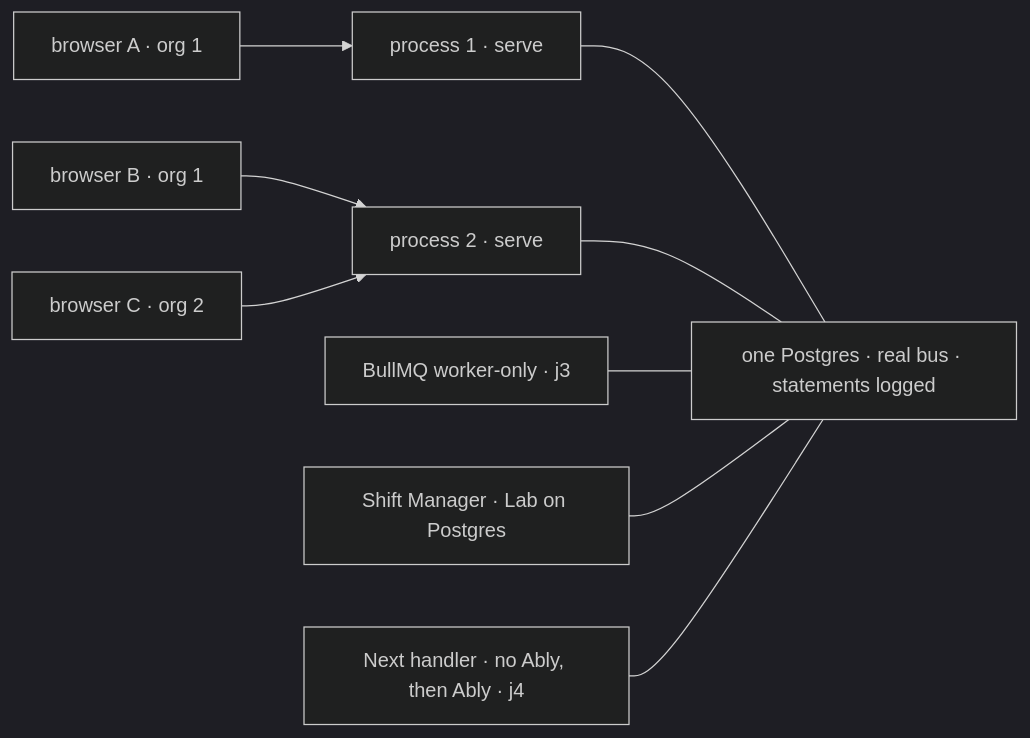
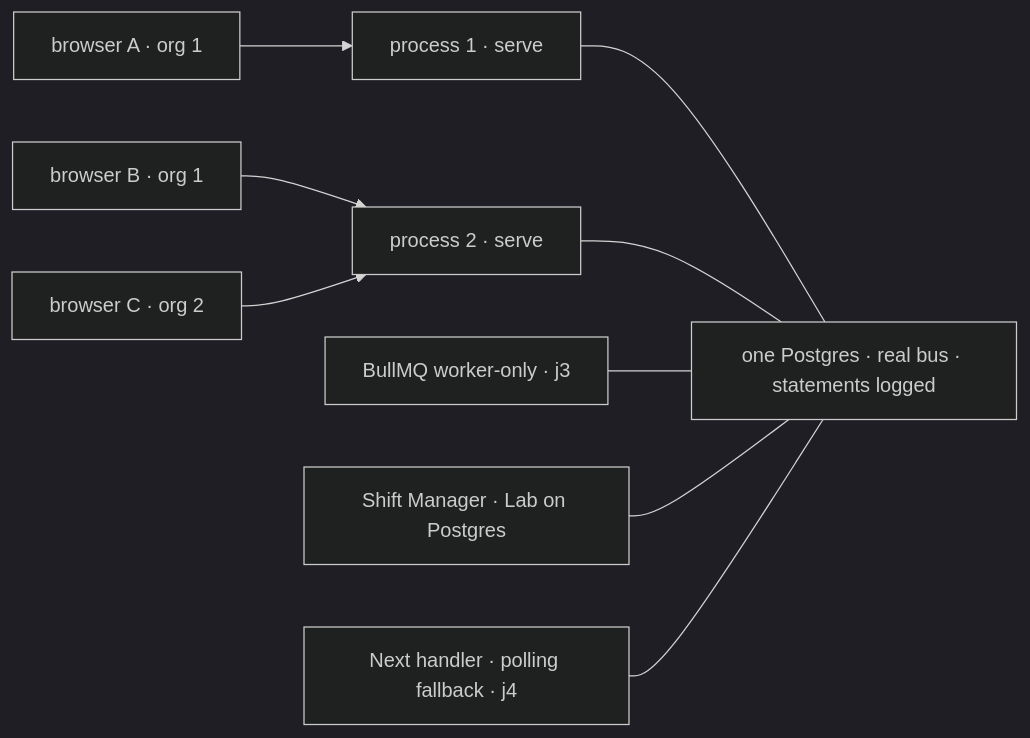
One commit to fixpoint-labs/flow-state-dev changed the second of 2 diagrams in specs/issues/FIX-2368/SPEC.md. Above: the diagram before and after it, drawn with Mermaid (dark theme). The commit also changed other lines of this file and 6 other files, not shown here.

````diff
--- a/specs/issues/FIX-2368/SPEC.md
+++ b/specs/issues/FIX-2368/SPEC.md
@@ -74,12 +74,12 @@
 ```mermaid
 flowchart LR
   PG["one Postgres · real bus · statements logged"]
   P1["process 1 · serve"] --- PG
   P2["process 2 · serve"] --- PG
   W["BullMQ worker-only · j3"] --- PG
   BA["browser A · org 1"] --> P1
   BB["browser B · org 1"] --> P2
   BC["browser C · org 2"] --> P2
   SM["Shift Manager · Lab on Postgres"] --- PG
-  N["Next handler · no Ably, then Ably · j4"] --- PG
+  N["Next handler · polling fallback · j4"] --- PG
 ```
````
